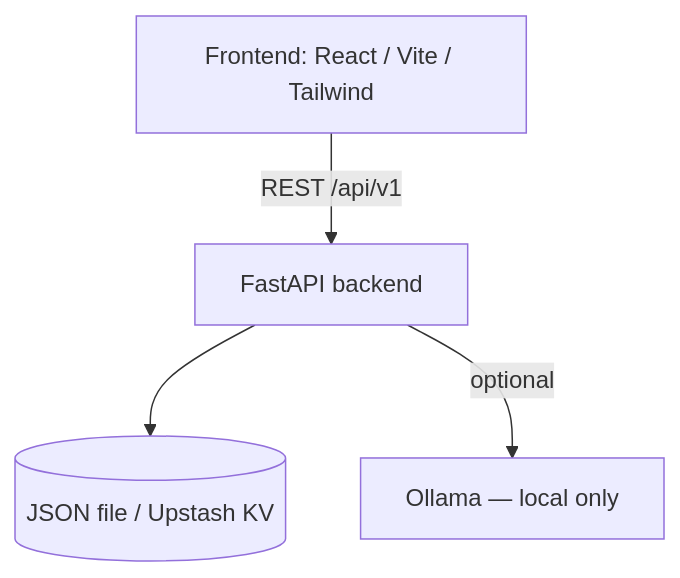
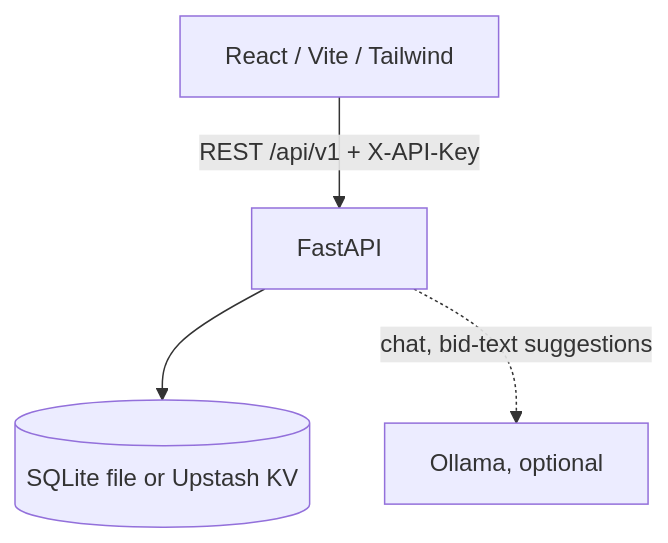
Before and after one commit to supermhel/Tool: the diagram in README.md, drawn with Mermaid. The commit also changed other lines of this file and 6 other files, not shown here.

````diff
--- a/README.md
+++ b/README.md
@@ -19,10 +21,10 @@
 ```mermaid
 flowchart TB
-  UI[Frontend: React / Vite / Tailwind]
-  API[FastAPI backend]
-  STORE[(JSON file / Upstash KV)]
-  MODEL[Ollama — local only]
-  UI -->|REST /api/v1| API
+  UI[React / Vite / Tailwind]
+  API[FastAPI]
+  STORE[(SQLite file or Upstash KV)]
+  LLM[Ollama, optional]
+  UI -->|REST /api/v1 + X-API-Key| API
   API --> STORE
-  API -->|optional| MODEL
+  API -.->|chat, bid-text suggestions| LLM
 ```
````
